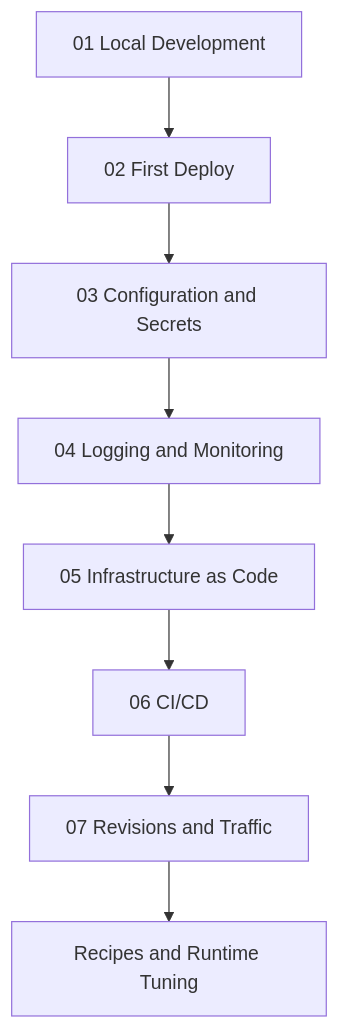
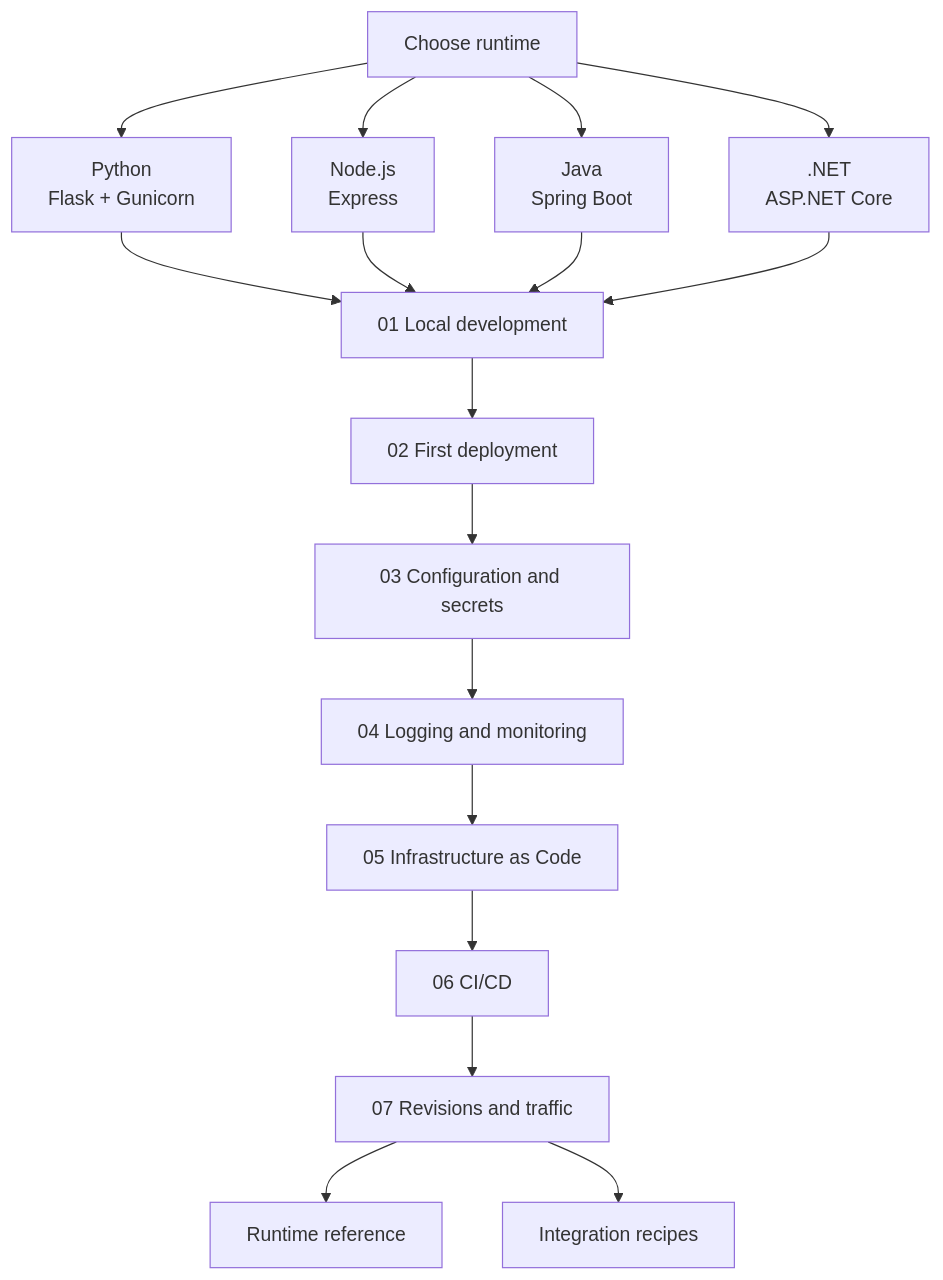
One commit to yeongseon/azure-container-apps-practical-guide changed the diagram in docs/language-guides/index.md. Above: the diagram before and after it, drawn with Mermaid. The commit also changed other lines of this file and 22 other files, not shown here.

Commit message:
docs(diagrams): migrate language navigation and .NET recipes (#621)

````diff
--- a/docs/language-guides/index.md
+++ b/docs/language-guides/index.md
@@ -39,10 +39,27 @@
 ```mermaid
 flowchart TD
-    A[01 Local Development] --> B[02 First Deploy]
-    B --> C[03 Configuration and Secrets]
-    C --> D[04 Logging and Monitoring]
-    D --> E[05 Infrastructure as Code]
-    E --> F[06 CI/CD]
-    F --> G[07 Revisions and Traffic]
-    G --> H[Recipes and Runtime Tuning]
+    accTitle: Shared language-guide progression
+    accDescr: Each runtime follows the same seven tutorial stages, then branches to its runtime reference and integration recipes. Select Python, Node.js, Java, or .NET before starting the shared sequence.
+    CHOOSE[Choose runtime]
+    PYTHON[Python<br/>Flask + Gunicorn]
+    NODE[Node.js<br/>Express]
+    JAVA[Java<br/>Spring Boot]
+    DOTNET[.NET<br/>ASP.NET Core]
+    LOCAL[01 Local development]
+    DEPLOY[02 First deployment]
+    CONFIG[03 Configuration and secrets]
+    OBSERVE[04 Logging and monitoring]
+    IAC[05 Infrastructure as Code]
+    CICD[06 CI/CD]
+    RELEASE[07 Revisions and traffic]
+    RUNTIME[Runtime reference]
+    RECIPES[Integration recipes]
+
+    CHOOSE --> PYTHON --> LOCAL
+    CHOOSE --> NODE --> LOCAL
+    CHOOSE --> JAVA --> LOCAL
+    CHOOSE --> DOTNET --> LOCAL
+    LOCAL --> DEPLOY --> CONFIG --> OBSERVE --> IAC --> CICD --> RELEASE
+    RELEASE --> RUNTIME
+    RELEASE --> RECIPES
 ```
````
